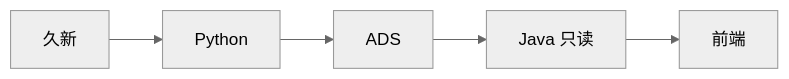
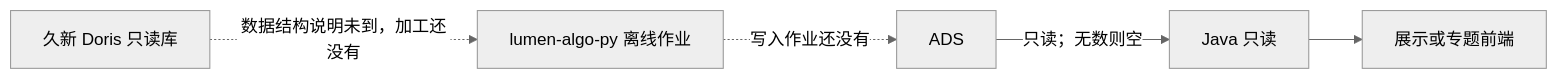
Before and after one commit to Marisolebxf/-: the second of 2 diagrams in agent-delivery/工程过程/04-系统集成/02-对接三要素/技术方案.md, drawn with Mermaid (neutral theme). The commit also changed other lines of this file and 13 other files, not shown here.

````diff
--- a/agent-delivery/工程过程/04-系统集成/02-对接三要素/技术方案.md
+++ b/agent-delivery/工程过程/04-系统集成/02-对接三要素/技术方案.md
@@ -57,7 +70,12 @@
 ```mermaid
 flowchart LR
-  JX[久新] --> PY[Python]
-  PY --> ADS[ADS]
-  ADS --> J[Java 只读]
-  J --> FE[前端]
+  JX["久新 Doris 只读库"]
+  PY["lumen-algo-py 离线作业"]
+  ADS["ADS"]
+  J["Java 只读"]
+  FE["展示或专题前端"]
+  JX -.->|"数据结构说明未到，加工还没有"| PY
+  PY -.->|"写入作业还没有"| ADS
+  ADS -->|"只读；无数则空"| J
+  J --> FE
 ```
````
